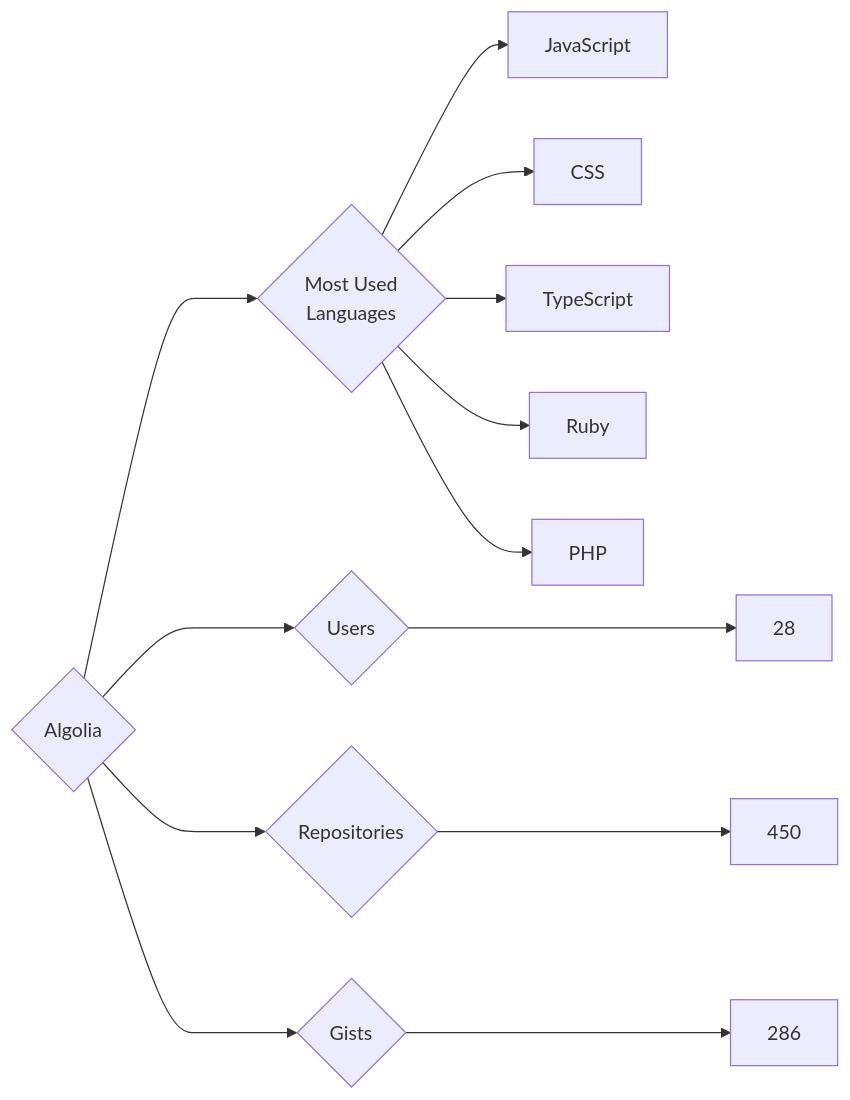
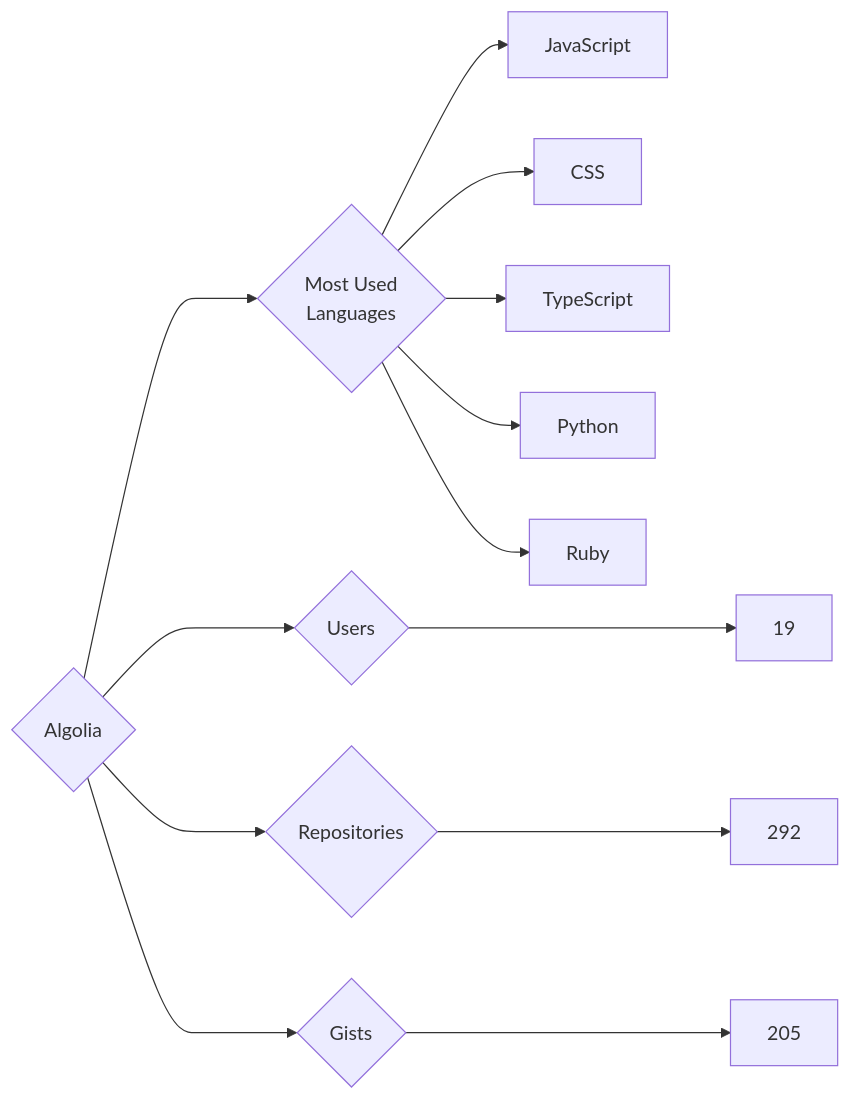
The diagram in targets/Algolia/README.md (trickest/insiders), drawn with Mermaid before and after one commit. The commit also changed 861 other files, not shown here.

````diff
--- a/targets/Algolia/README.md
+++ b/targets/Algolia/README.md
@@ -3,13 +3,13 @@
 ```mermaid
 graph LR
 COMPANY_NAME{Algolia}
-COMPANY_NAME ---> U{Users} ---> UN[28]
-COMPANY_NAME ---> R{Repositories} ---> RN[450]
-COMPANY_NAME ---> G{Gists} ---> GN[286]
+COMPANY_NAME ---> U{Users} ---> UN[19]
+COMPANY_NAME ---> R{Repositories} ---> RN[292]
+COMPANY_NAME ---> G{Gists} ---> GN[205]
 COMPANY_NAME ---> ML{Most Used<br>Languages}
 ML --> JavaScript[JavaScript]
 ML --> CSS[CSS]
 ML --> TypeScript[TypeScript]
+ML --> Python[Python]
 ML --> Ruby[Ruby]
-ML --> PHP[PHP]
 ```
````
